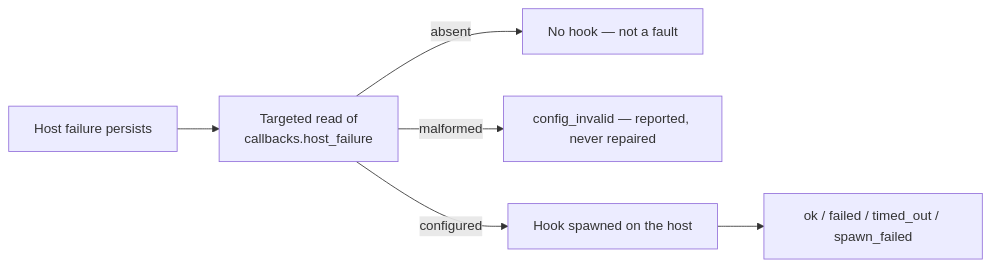
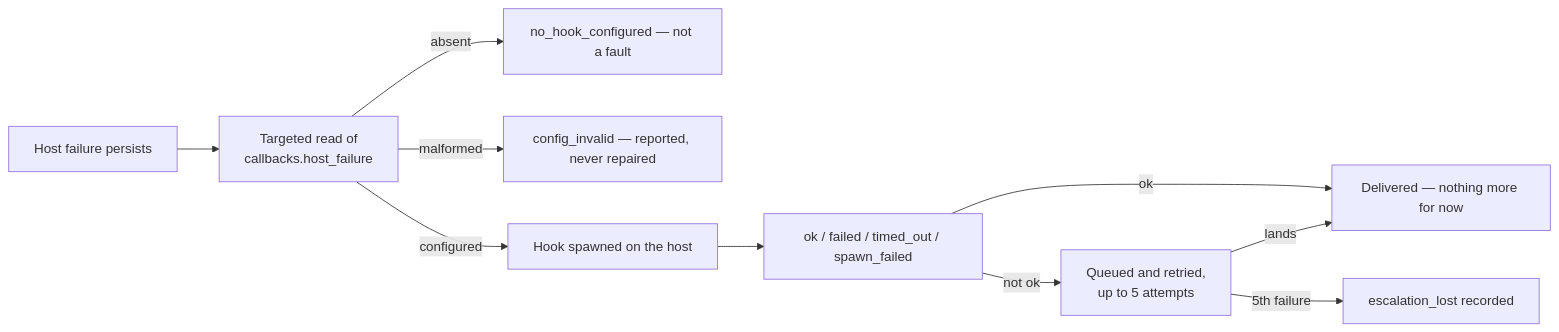
The third of 4 diagrams in docs/CALLBACKS.md (stSoftwareAU/VibeCoder), drawn with Mermaid before and after one commit. The commit also changed other lines of this file and 7 other files, not shown here.

First line of the commit message:
Document the callbacks.host_failure hook and the removed public-issue default (Issue #2113) (#2165)

````diff
--- a/docs/CALLBACKS.md
+++ b/docs/CALLBACKS.md
@@ -87,8 +93,12 @@
 ```mermaid
 flowchart LR
     F["Host failure persists"] --> R["Targeted read of<br/>callbacks.host_failure"]
-    R -- absent --> N["No hook — not a fault"]
+    R -- absent --> N["no_hook_configured — not a fault"]
     R -- malformed --> E["config_invalid — reported, never repaired"]
     R -- configured --> I["Hook spawned on the host"]
     I --> O["ok / failed / timed_out / spawn_failed"]
+    O -- ok --> D["Delivered — nothing more for now"]
+    O -- not ok --> Q["Queued and retried,<br/>up to 5 attempts"]
+    Q -- lands --> D
+    Q -- 5th failure --> L["escalation_lost recorded"]
 ```
````
